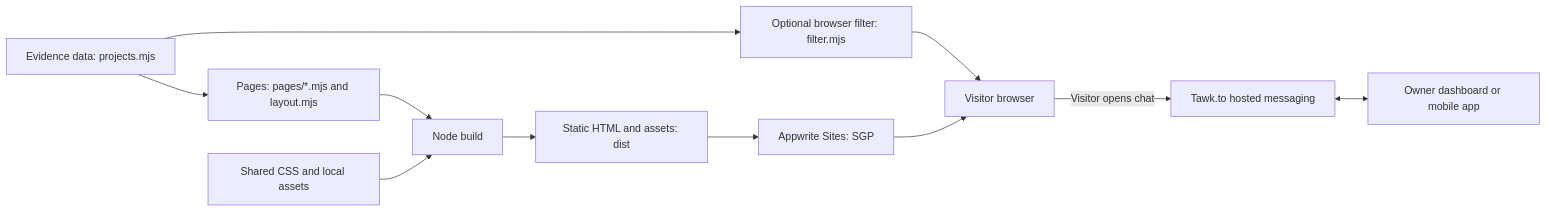
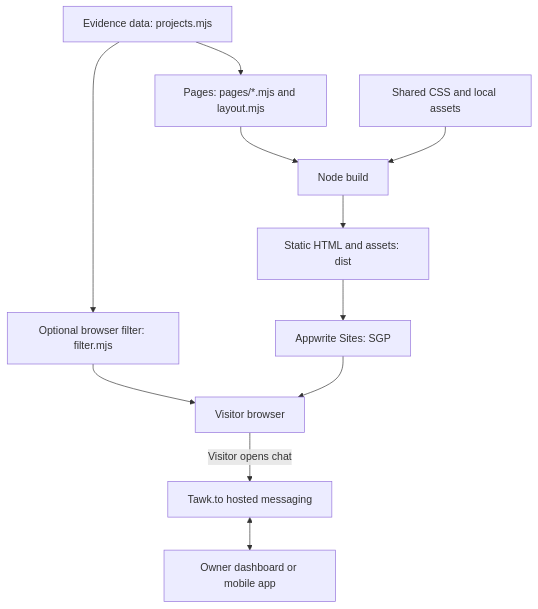
One commit to ChiragAgg5k/ul-university-notes changed the first of 3 diagrams in 2026-27/SEM1/CS5709 - Software Engineering Evolution/Assignment 1/DESIGN.md. Above: the diagram before and after it, drawn with Mermaid. The commit also changed other lines of this file and 14 other files, not shown here.

````diff
--- a/2026-27/SEM1/CS5709 - Software Engineering Evolution/Assignment 1/DESIGN.md
+++ b/2026-27/SEM1/CS5709 - Software Engineering Evolution/Assignment 1/DESIGN.md
@@ -16,13 +16,13 @@
 ```mermaid
-flowchart LR
+flowchart TB
   Source[Pages: pages/*.mjs and layout.mjs] --> Build[Node build]
   Data[Evidence data: projects.mjs] --> Source
   Data --> Filter[Optional browser filter: filter.mjs]
   Filter --> Browser
   CSS[Shared CSS and local assets] --> Build
   Build --> HTML[Static HTML and assets: dist]
   HTML --> Host[Appwrite Sites: SGP]
   Host --> Browser[Visitor browser]
   Browser -->|Visitor opens chat| Tawk[Tawk.to hosted messaging]
   Tawk <--> Owner[Owner dashboard or mobile app]
 ```
````
